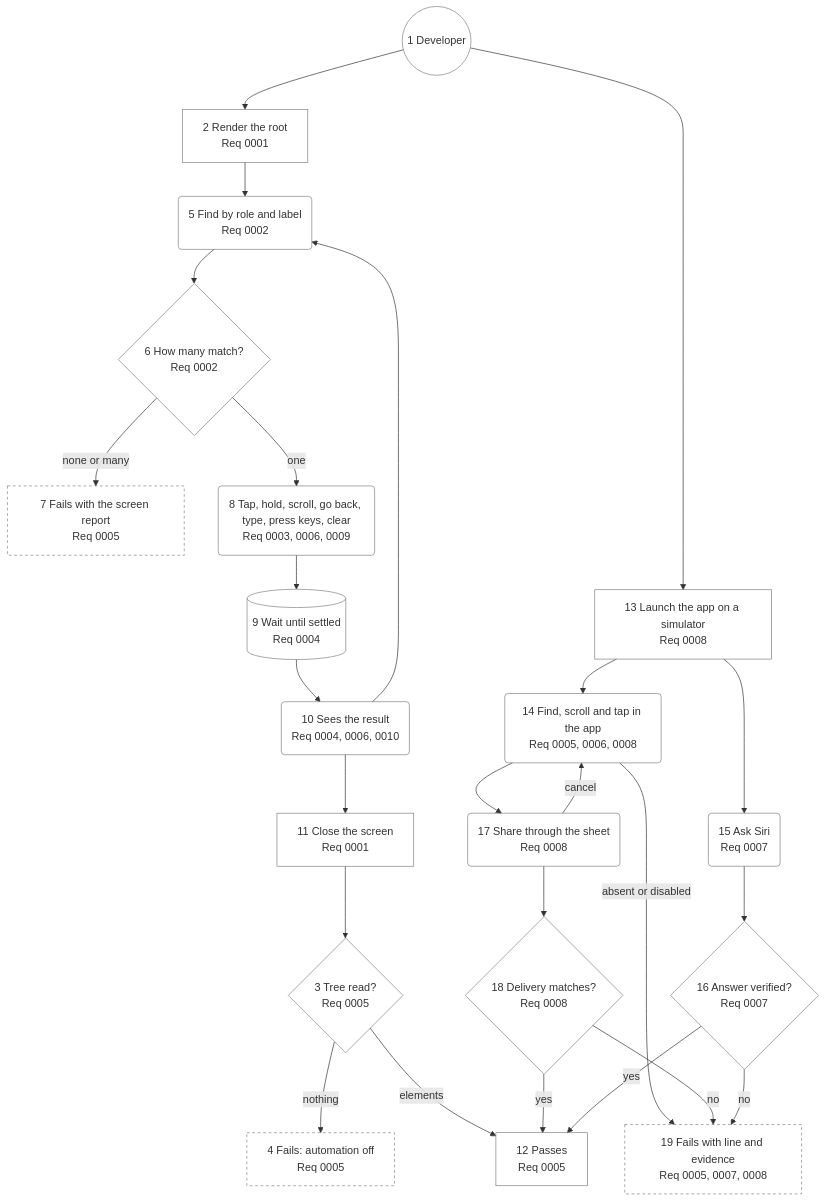
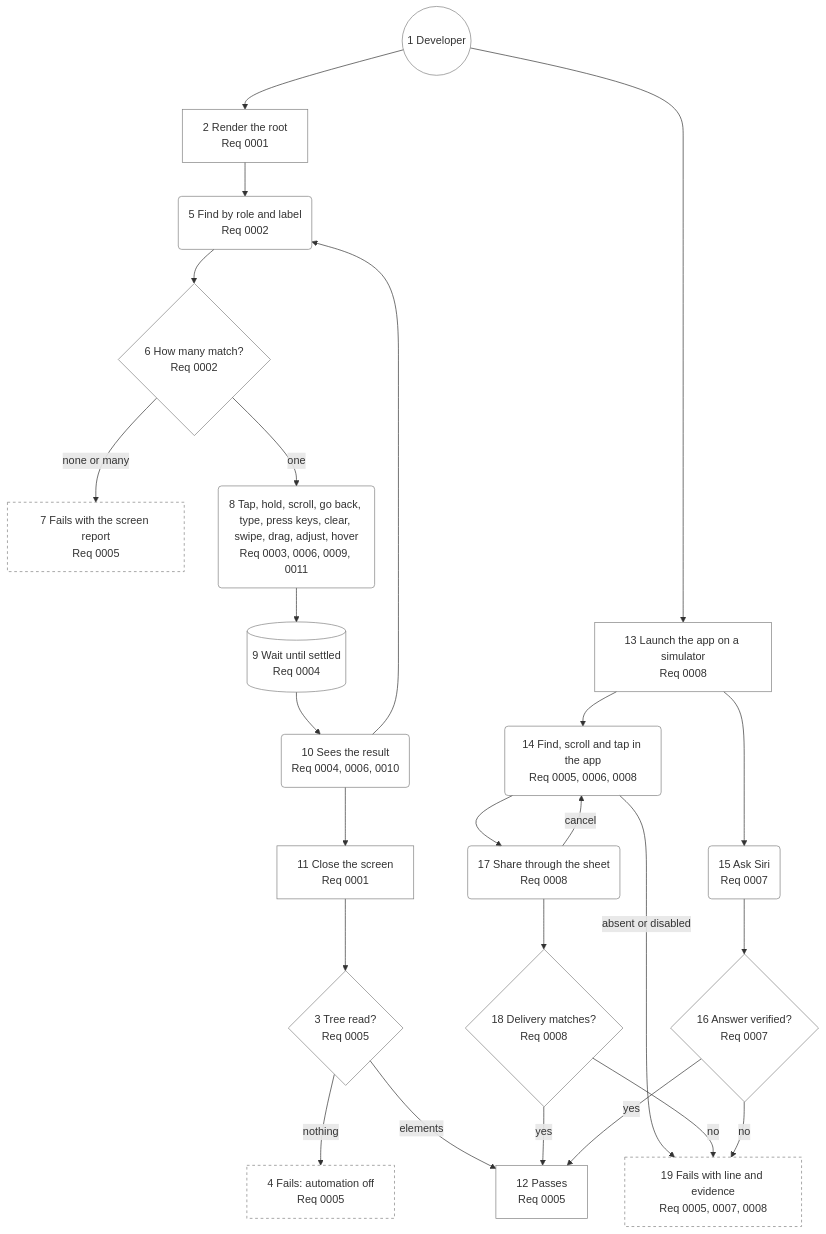
The diagram in docs/architecture/05-user-journey.md (may-journal/apple-ui-testing-library), drawn with Mermaid before and after one commit. The commit also changed other lines of this file and 33 other files, not shown here.

````diff
--- a/docs/architecture/05-user-journey.md
+++ b/docs/architecture/05-user-journey.md
@@ -13,54 +13,54 @@
 ```mermaid
 flowchart TB
     dev((1 Developer)):::persona
     render[2 Render the root<br/>Req 0001]:::step
     canary{3 Tree read?<br/>Req 0005}:::check
     empty[4 Fails: automation off<br/>Req 0005]:::blocked
     find(5 Find by role and label<br/>Req 0002):::action
     match{6 How many match?<br/>Req 0002}:::check
     missing[7 Fails with the screen report<br/>Req 0005]:::blocked
-    act(8 Tap, hold, scroll, go back, type, press keys, clear<br/>Req 0003, 0006, 0009):::action
+    act(8 Tap, hold, scroll, go back, type, press keys, clear, swipe, drag, adjust, hover<br/>Req 0003, 0006, 0009, 0011):::action
     settle[(9 Wait until settled<br/>Req 0004)]:::system
     sees(10 Sees the result<br/>Req 0004, 0006, 0010):::action
     close[11 Close the screen<br/>Req 0001]:::step
     passes[12 Passes<br/>Req 0005]:::step
     launch[13 Launch the app on a simulator<br/>Req 0008]:::step
     tap(14 Find, scroll and tap in the app<br/>Req 0005, 0006, 0008):::action
     siri(15 Ask Siri<br/>Req 0007):::action
     answer{16 Answer verified?<br/>Req 0007}:::check
     share(17 Share through the sheet<br/>Req 0008):::action
     delivery{18 Delivery matches?<br/>Req 0008}:::check
     sysFails[19 Fails with line and evidence<br/>Req 0005, 0007, 0008]:::blocked
 
     dev --> render
     render --> find
     find --> match
     match -->|one| act
     match -->|none or many| missing
     act --> settle
     settle --> sees
     sees --> find
     sees --> close
     close --> canary
     canary -->|nothing| empty
     canary -->|elements| passes
     dev --> launch
     launch --> tap
     launch --> siri
     tap -->|absent or disabled| sysFails
     tap --> share
     share -->|cancel| tap
     share --> delivery
     delivery -->|yes| passes
     delivery -->|no| sysFails
     siri --> answer
     answer -->|yes| passes
     answer -->|no| sysFails
 
     classDef persona fill:none,stroke:gray
     classDef step fill:none,stroke:gray
     classDef action fill:none,stroke:gray
     classDef check fill:none,stroke:gray
     classDef system fill:none,stroke:gray
     classDef blocked fill:none,stroke:gray,stroke-dasharray:4
 ```
````
